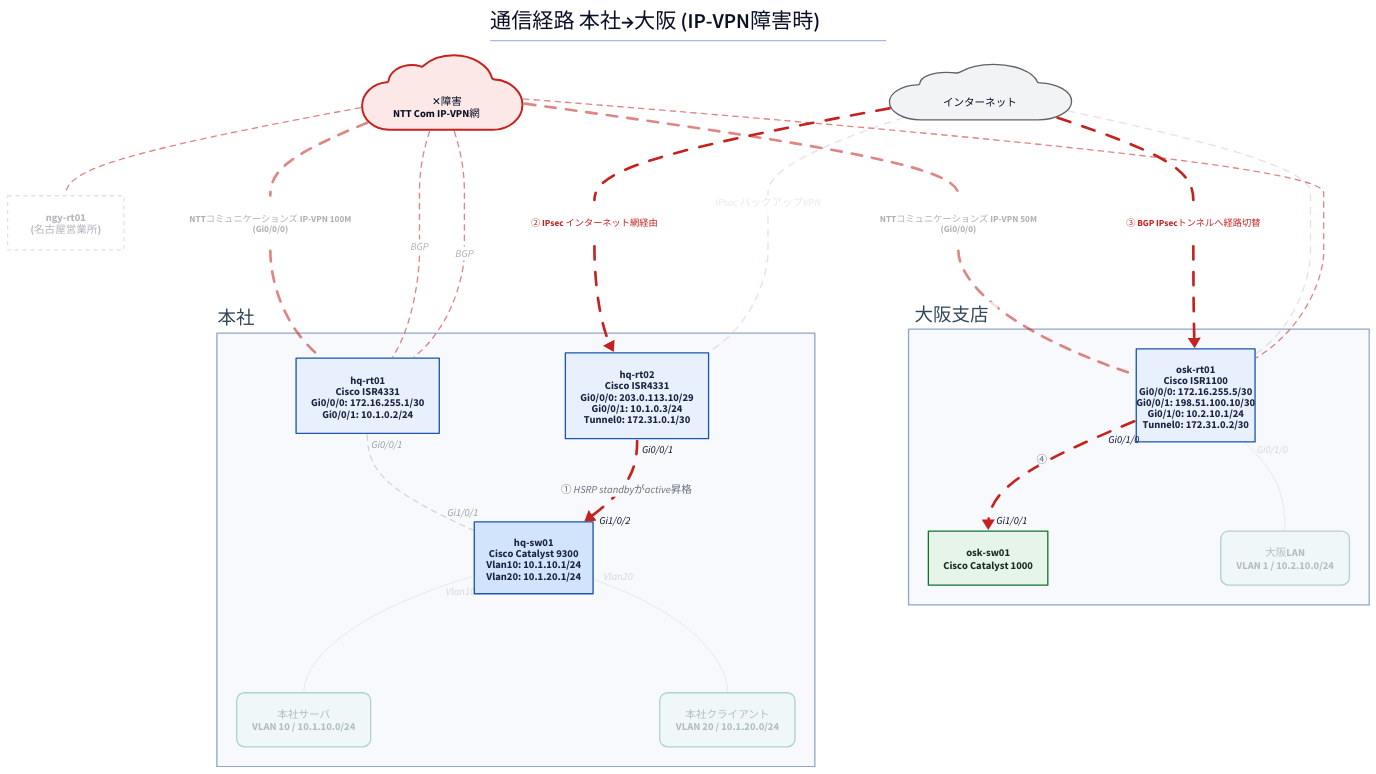
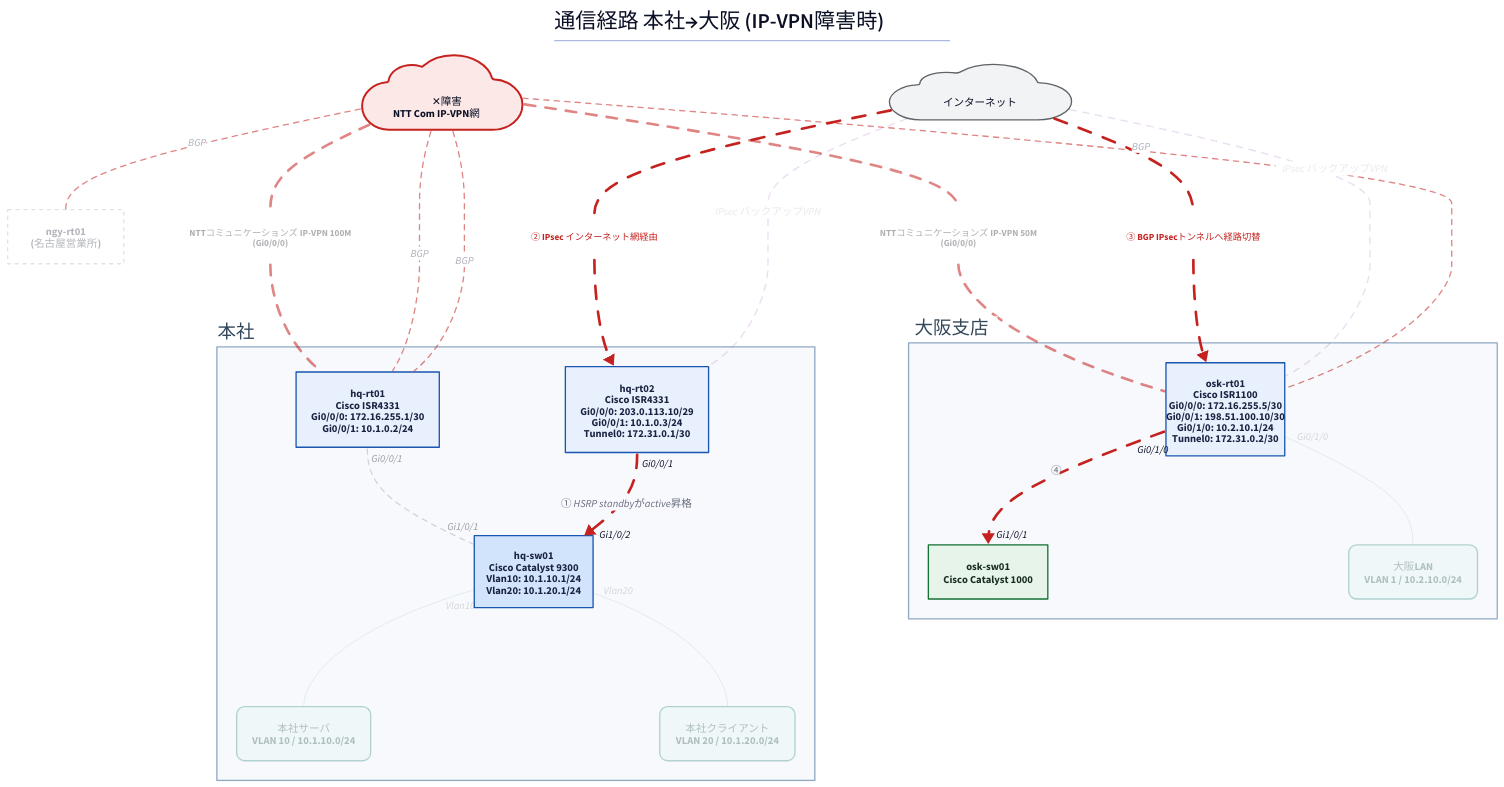
One commit to thinas1115/nwdsl changed the diagram in examples/sample-corp/generated/path-ipvpn-fail.d2. Above: the diagram before and after it, drawn with D2. The commit also changed 53 other files, not shown here.

First line of the commit message:
論理図で本社だけ配置がズレる問題を修正 (via分割エッジのラベル非対称)

```diff
--- a/examples/sample-corp/generated/path-ipvpn-fail.d2
+++ b/examples/sample-corp/generated/path-ipvpn-fail.d2
@@ -1,70 +1,70 @@
 title: |md
   # 通信経路 本社→大阪 (IP-VPN障害時)
 | {near: top-center}
 direction: down
 
 classes: {
   role-router: {style.fill: "#e8f0fe"; style.stroke: "#1a56b0"; style.font-color: "#1a2340"}
   role-l3switch: {style.fill: "#d2e3fc"; style.stroke: "#1a56b0"; style.font-color: "#1a2340"}
   role-l2switch: {style.fill: "#e6f4ea"; style.stroke: "#137333"; style.font-color: "#1a2e1f"}
   role-firewall: {style.fill: "#fce8e6"; style.stroke: "#c5221f"; style.font-color: "#3c1a19"}
   role-other: {style.fill: "#f1f3f4"; style.stroke: "#5f6368"; style.font-color: "#202124"}
   node-cloud: {shape: cloud; style.fill: "#f1f3f4"; style.stroke: "#5f6368"}
   node-site: {style.fill: "#fff8e1"; style.stroke: "#b58105"; style.font-color: "#4a3a08"}
   node-segment: {style.fill: "#e2f5f0"; style.stroke: "#0f766e"; style.font-color: "#0b3d38"; style.border-radius: 12}
   node-external: {style.fill: "#ffffff"; style.stroke: "#9aa0a6"; style.stroke-dash: 3}
   group-site: {style.fill: "#f7f9fc"; style.stroke: "#8fa8c4"; style.font-color: "#33475b"}
   edge-label: {style.fill: "transparent"; style.stroke: "transparent"; style.font-size: 14; style.font-color: "#5f6368"; style.italic: true}
   edge-lan-cable: {style.stroke: "#4a4a4a"; style.stroke-width: 2}
   edge-wan-circuit: {style.stroke: "#1a73e8"; style.stroke-width: 4}
   edge-tunnel: {style.stroke: "#7b1fa2"; style.stroke-width: 2; style.stroke-dash: 5}
   edge-logical: {style.stroke: "#188038"; style.stroke-width: 2; style.stroke-dash: 3}
   edge-segment: {style.stroke: "#0f766e"; style.stroke-width: 1}
 }
 
 s_hq: "本社" {
   class: group-site
   label.near: outside-top-left
   n_hq_rt01: "hq-rt01\nCisco ISR4331\nGi0/0/0: 172.16.255.1/30\nGi0/0/1: 10.1.0.2/24" {class: role-router}
   n_hq_sw01: "hq-sw01\nCisco Catalyst 9300\nVlan10: 10.1.10.1/24\nVlan20: 10.1.20.1/24" {class: role-l3switch; width: 180}
   n_hq_rt02: "hq-rt02\nCisco ISR4331\nGi0/0/0: 203.0.113.10/29\nGi0/0/1: 10.1.0.3/24\nTunnel0: 172.31.0.1/30" {class: role-router}
   n_seg__hq_server: "本社サーバ\nVLAN 10 / 10.1.10.0/24" {class: node-segment; style.opacity: 0.3}
   n_seg__hq_client: "本社クライアント\nVLAN 20 / 10.1.20.0/24" {class: node-segment; style.opacity: 0.3}
 }
 
 s_osk: "大阪支店" {
   class: group-site
   label.near: outside-top-left
   n_osk_rt01: "osk-rt01\nCisco ISR1100\nGi0/0/0: 172.16.255.5/30\nGi0/0/1: 198.51.100.10/30\nGi0/1/0: 10.2.10.1/24\nTunnel0: 172.31.0.2/30" {class: role-router; width: 180}
   n_osk_sw01: "osk-sw01\nCisco Catalyst 1000" {class: role-l2switch}
   n_seg__osk_lan: "大阪LAN\nVLAN 1 / 10.2.10.0/24" {class: node-segment; style.opacity: 0.3}
 }
 
 n_ipvpn: "　✕障害\nNTT Com IP-VPN網　" {class: node-cloud; style.stroke: "#c5221f"; style.fill: "#fce8e6"; style.stroke-width: 3}
 n_internet: "　インターネット　" {class: node-cloud}
 n_ngy_rt01: "ngy-rt01\n(名古屋営業所)" {class: node-external; style.opacity: 0.3}
 
 s_hq.n_hq_rt01 -- s_hq.n_hq_sw01 {class: edge-lan-cable; source-arrowhead.label: "Gi0/0/1"; target-arrowhead.label: "Gi1/0/1"; style.stroke: "#9aa0a6"; style.stroke-dash: 4; style.opacity: 0.4}
 s_hq.n_hq_rt02 -> s_hq.n_hq_sw01: "① HSRP standbyがactive昇格" {class: edge-lan-cable; source-arrowhead.label: "Gi0/0/1"; target-arrowhead.label: "Gi1/0/2"; style.stroke: "#c5221f"; style.stroke-width: 4; style.animated: true}
 s_osk.n_osk_rt01 -> s_osk.n_osk_sw01: "④" {class: edge-lan-cable; source-arrowhead.label: "Gi0/1/0"; target-arrowhead.label: "Gi1/0/1"; style.stroke: "#c5221f"; style.stroke-width: 4; style.animated: true}
 lbl_3: "NTTコミュニケーションズ IP-VPN 100M\n(Gi0/0/0)" {class: edge-label; style.opacity: 0.5}
 n_ipvpn -- lbl_3 {class: edge-wan-circuit; style.stroke: "#c5221f"; style.stroke-dash: 4; style.opacity: 0.55}
 lbl_3 -- s_hq.n_hq_rt01 {class: edge-wan-circuit; style.stroke: "#c5221f"; style.stroke-dash: 4; style.opacity: 0.55}
 lbl_4: "NTTコミュニケーションズ IP-VPN 50M\n(Gi0/0/0)" {class: edge-label; style.opacity: 0.5}
 n_ipvpn -- lbl_4 {class: edge-wan-circuit; style.stroke: "#c5221f"; style.stroke-dash: 4; style.opacity: 0.55}
 lbl_4 -- s_osk.n_osk_rt01 {class: edge-wan-circuit; style.stroke: "#c5221f"; style.stroke-dash: 4; style.opacity: 0.55}
 lbl_5: "② IPsec インターネット網経由" {class: edge-label; style.font-color: "#c5221f"; style.bold: true}
 n_internet -- lbl_5 {class: edge-wan-circuit; style.stroke: "#c5221f"; style.stroke-width: 4; style.animated: true}
 lbl_5 -> s_hq.n_hq_rt02 {class: edge-wan-circuit; style.stroke: "#c5221f"; style.stroke-width: 4; style.animated: true}
 lbl_6: "③ BGP IPsecトンネルへ経路切替" {class: edge-label; style.font-color: "#c5221f"; style.bold: true}
 n_internet -- lbl_6 {class: edge-wan-circuit; style.stroke: "#c5221f"; style.stroke-width: 4; style.animated: true}
 lbl_6 -> s_osk.n_osk_rt01 {class: edge-wan-circuit; style.stroke: "#c5221f"; style.stroke-width: 4; style.animated: true}
 n_internet -- s_hq.n_hq_rt02: "IPsec バックアップVPN" {class: edge-tunnel; style.opacity: 0.15}
-n_internet -- s_osk.n_osk_rt01 {class: edge-tunnel; style.opacity: 0.15}
+n_internet -- s_osk.n_osk_rt01: "IPsec バックアップVPN" {class: edge-tunnel; style.opacity: 0.15}
 n_ipvpn -- s_hq.n_hq_rt01: "BGP" {class: edge-logical; style.stroke: "#c5221f"; style.stroke-dash: 4; style.opacity: 0.55}
-n_ipvpn -- s_osk.n_osk_rt01 {class: edge-logical; style.stroke: "#c5221f"; style.stroke-dash: 4; style.opacity: 0.55}
+n_ipvpn -- s_osk.n_osk_rt01: "BGP" {class: edge-logical; style.stroke: "#c5221f"; style.stroke-dash: 4; style.opacity: 0.55}
 n_ipvpn -- s_hq.n_hq_rt01: "BGP" {class: edge-logical; style.stroke: "#c5221f"; style.stroke-dash: 4; style.opacity: 0.55}
-n_ipvpn -- n_ngy_rt01 {class: edge-logical; style.stroke: "#c5221f"; style.stroke-dash: 4; style.opacity: 0.55}
+n_ipvpn -- n_ngy_rt01: "BGP" {class: edge-logical; style.stroke: "#c5221f"; style.stroke-dash: 4; style.opacity: 0.55}
 s_hq.n_hq_sw01 -- s_hq.n_seg__hq_server {class: edge-segment; source-arrowhead.label: "Vlan10"; style.opacity: 0.15}
 s_hq.n_hq_sw01 -- s_hq.n_seg__hq_client {class: edge-segment; source-arrowhead.label: "Vlan20"; style.opacity: 0.15}
 s_osk.n_osk_rt01 -- s_osk.n_seg__osk_lan {class: edge-segment; source-arrowhead.label: "Gi0/1/0"; style.opacity: 0.15}
```
